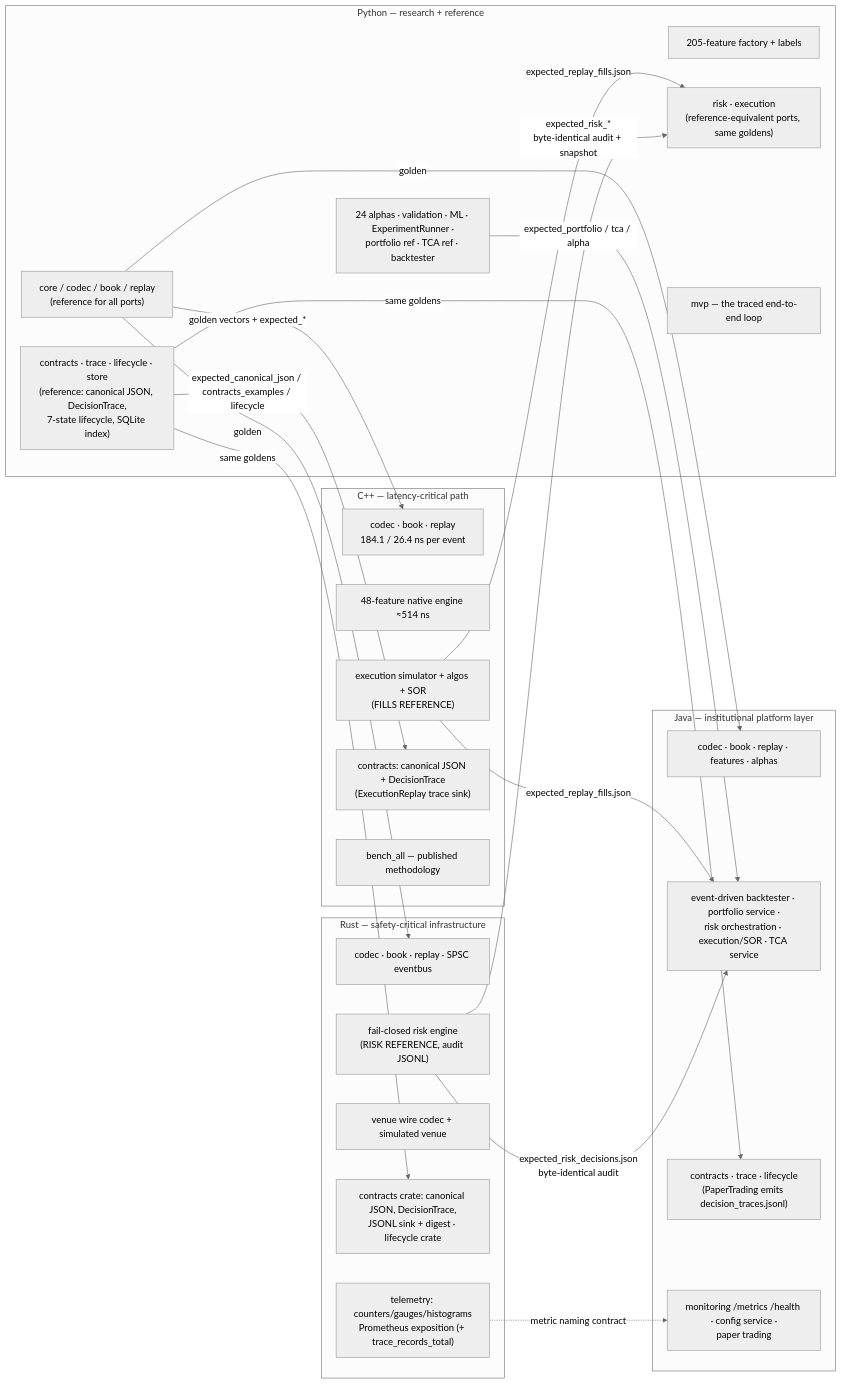
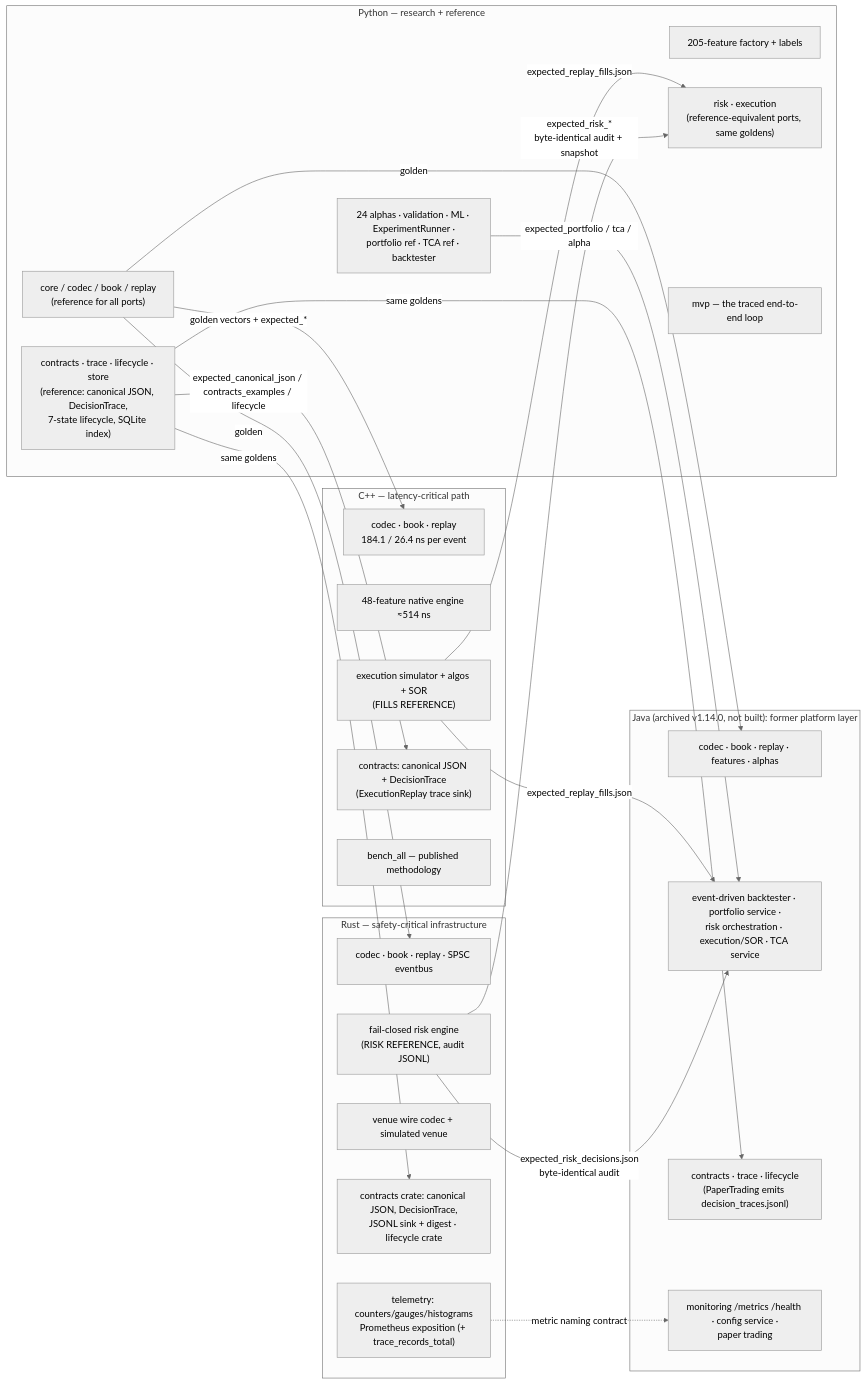
Before and after one commit to AshJha0/intraday-alpha-platform: the diagram in docs/diagrams/responsibility_matrix.mmd, drawn with Mermaid (neutral theme). The commit also changed 13 other files, not shown here.

```diff
--- a/docs/diagrams/responsibility_matrix.mmd
+++ b/docs/diagrams/responsibility_matrix.mmd
@@ -1,41 +1,41 @@
 flowchart LR
     subgraph PYL["Python — research + reference"]
         pcore["core / codec / book / replay<br/>(reference for all ports)"]
         pfeat["205-feature factory + labels"]
         presearch["24 alphas · validation · ML · ExperimentRunner ·<br/>portfolio ref · TCA ref · backtester"]
         pcontracts["contracts · trace · lifecycle · store<br/>(reference: canonical JSON, DecisionTrace,<br/>7-state lifecycle, SQLite index)"]
         pports["risk · execution<br/>(reference-equivalent ports, same goldens)"]
         pmvp["mvp — the traced end-to-end loop"]
     end
     subgraph CPPL["C++ — latency-critical path"]
         ccore["codec · book · replay<br/>184.1 / 26.4 ns per event"]
         cfeat["48-feature native engine ≈514 ns"]
         cexec["execution simulator + algos + SOR<br/>(FILLS REFERENCE)"]
         ccontracts["contracts: canonical JSON + DecisionTrace<br/>(ExecutionReplay trace sink)"]
         cbench["bench_all — published methodology"]
     end
     subgraph RSL["Rust — safety-critical infrastructure"]
         rcore["codec · book · replay · SPSC eventbus"]
         rrisk["fail-closed risk engine<br/>(RISK REFERENCE, audit JSONL)"]
         rven["venue wire codec + simulated venue"]
         rcontracts["contracts crate: canonical JSON, DecisionTrace,<br/>JSONL sink + digest · lifecycle crate"]
         rtel["telemetry: counters/gauges/histograms<br/>Prometheus exposition (+ trace_records_total)"]
     end
-    subgraph JVL["Java — institutional platform layer"]
+    subgraph JVL["Java (archived v1.14.0, not built): former platform layer"]
         jcore["codec · book · replay · features · alphas"]
         jplat["event-driven backtester · portfolio service ·<br/>risk orchestration · execution/SOR · TCA service"]
         jcontracts["contracts · trace · lifecycle<br/>(PaperTrading emits decision_traces.jsonl)"]
         jops["monitoring /metrics /health · config service ·<br/>paper trading"]
     end
     pcore -->|"golden vectors + expected_*"| ccore
     pcore -->|"golden"| rcore
     pcore -->|"golden"| jcore
     cexec -->|"expected_replay_fills.json"| jplat
     cexec -->|"expected_replay_fills.json"| pports
     rrisk -->|"expected_risk_decisions.json<br/>byte-identical audit"| jplat
     rrisk -->|"expected_risk_*<br/>byte-identical audit + snapshot"| pports
     presearch -->|"expected_portfolio / tca / alpha"| jplat
     pcontracts -->|"expected_canonical_json / contracts_examples / lifecycle"| ccontracts
     pcontracts -->|"same goldens"| rcontracts
     pcontracts -->|"same goldens"| jcontracts
     rtel -.->|"metric naming contract"| jops
```
